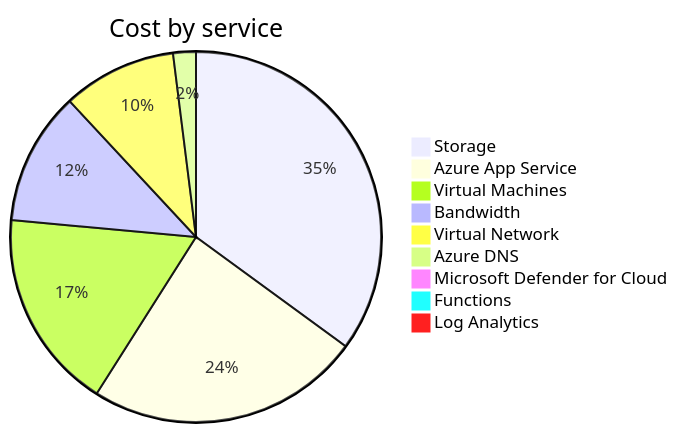
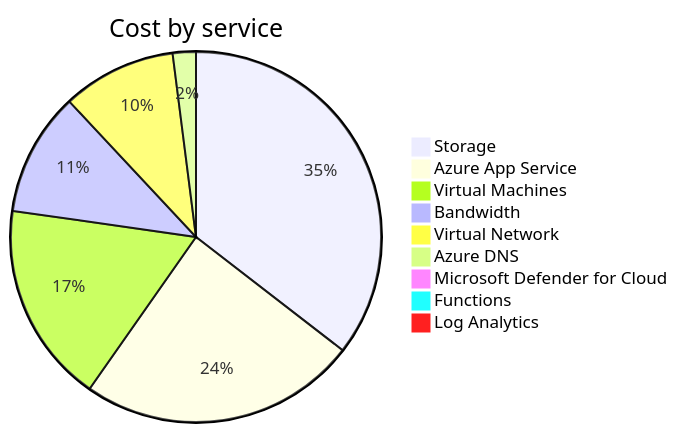
The second of 4 diagrams in cost-reports/accumulated-cost.md (jpfulton/azure-personal-reports), drawn with Mermaid before and after one commit. The commit also changed other lines of this file and 4 other files, not shown here.

````diff
--- a/cost-reports/accumulated-cost.md
+++ b/cost-reports/accumulated-cost.md
@@ -103,13 +103,13 @@
 ```mermaid
 pie
    title Cost by service
-   "Storage" : 3.35
-   "Azure App Service" : 2.29
-   "Virtual Machines" : 1.67
-   "Bandwidth" : 1.11
-   "Virtual Network" : 0.95
-   "Azure DNS" : 0.19
-   "Microsoft Defender for Cloud" : 0.09
+   "Storage" : 4.21
+   "Azure App Service" : 2.88
+   "Virtual Machines" : 2.08
+   "Bandwidth" : 1.28
+   "Virtual Network" : 1.18
+   "Azure DNS" : 0.24
+   "Microsoft Defender for Cloud" : 0.11
    "Functions" : 0.00
    "Log Analytics" : 0.00
 ```
````
